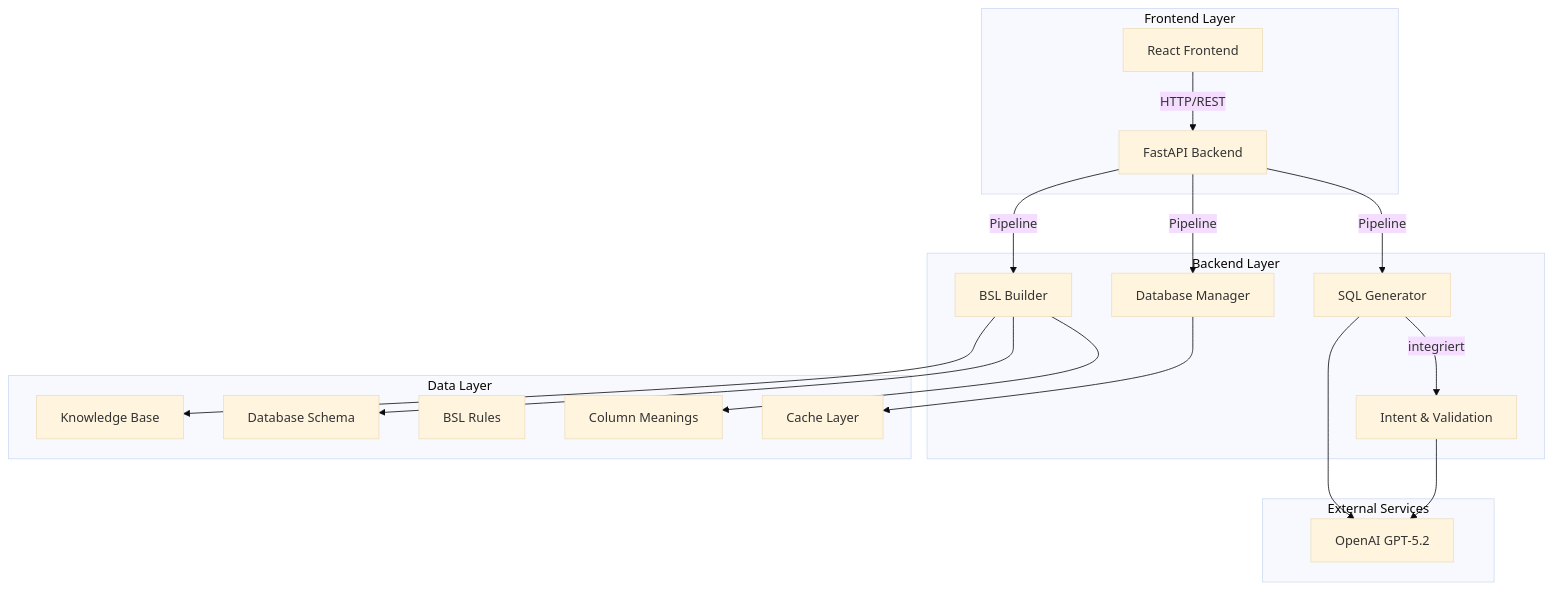
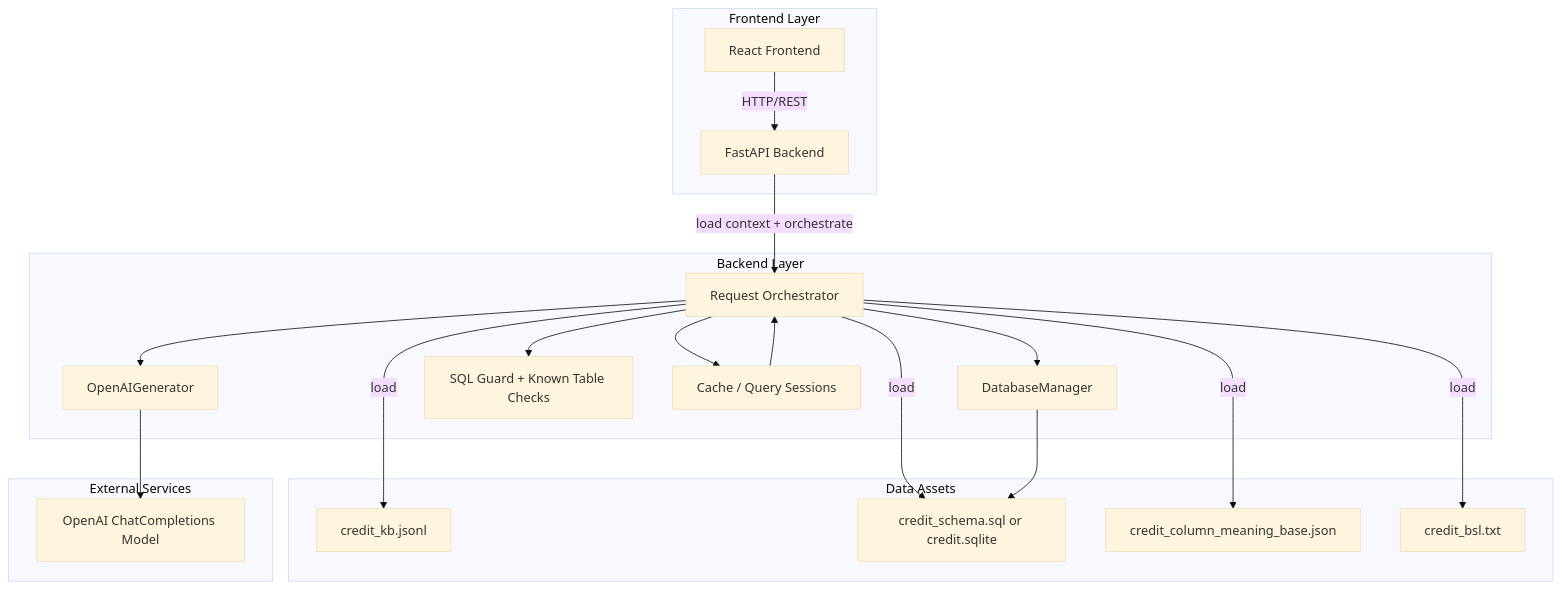
One commit to JoelRai07/Projekt-Vetter-SQL changed the first of 2 diagrams in docs/ARCHITEKTUR_UND_PROZESSE_NEU.md. Above: the diagram before and after it, drawn with Mermaid (base theme). The commit also changed other lines of this file, not shown here.

````diff
--- a/docs/ARCHITEKTUR_UND_PROZESSE_NEU.md
+++ b/docs/ARCHITEKTUR_UND_PROZESSE_NEU.md
@@ -35,33 +49,35 @@
 ```mermaid
 graph TB
-    subgraph "Frontend Layer"
-        UI[React Frontend]
-        UI --> |HTTP/REST| API[FastAPI Backend]
-    end
-    
-    subgraph "Backend Layer"
-        API --> |Pipeline| BB[BSL Builder]
-        API --> |Pipeline| SG[SQL Generator]
-        API --> |Pipeline| DM[Database Manager]
-        SG --> |integriert| INT[Intent & Validation]
-    end
-    
-    subgraph "Data Layer"
-        KB[Knowledge Base]
-        SCHEMA[Database Schema]
-        BSL_FILE[BSL Rules]
-        MEANINGS[Column Meanings]
-        CACHE[Cache Layer]
-    end
-    
-    subgraph "External Services"
-        LLM[OpenAI GPT-5.2]
-    end
-    
-    SG --> LLM
-    INT --> LLM
-    BB --> KB
-    BB --> SCHEMA
-    BB --> MEANINGS
-    DM --> CACHE
+  subgraph "Frontend Layer"
+    UI[React Frontend]
+    UI -->|HTTP/REST| API[FastAPI Backend]
+  end
+
+  subgraph "Backend Layer"
+    API -->|load context + orchestrate| ORCH[Request Orchestrator]
+    ORCH --> GEN[OpenAIGenerator]
+    ORCH --> DBM[DatabaseManager]
+    ORCH --> GUARD[SQL Guard + Known Table Checks]
+    ORCH --> CACHE[Cache / Query Sessions]
+  end
+
+  subgraph "Data Assets"
+    KB[credit_kb.jsonl]
+    SCHEMA[credit_schema.sql or credit.sqlite]
+    MEANINGS[credit_column_meaning_base.json]
+    BSL_FILE[credit_bsl.txt]
+  end
+
+  subgraph "External Services"
+    LLM[OpenAI ChatCompletions Model]
+  end
+
+  ORCH -->|load| KB
+  ORCH -->|load| SCHEMA
+  ORCH -->|load| MEANINGS
+  ORCH -->|load| BSL_FILE
+
+  GEN --> LLM
+  DBM --> SCHEMA
+  CACHE --> ORCH
 ```
````
